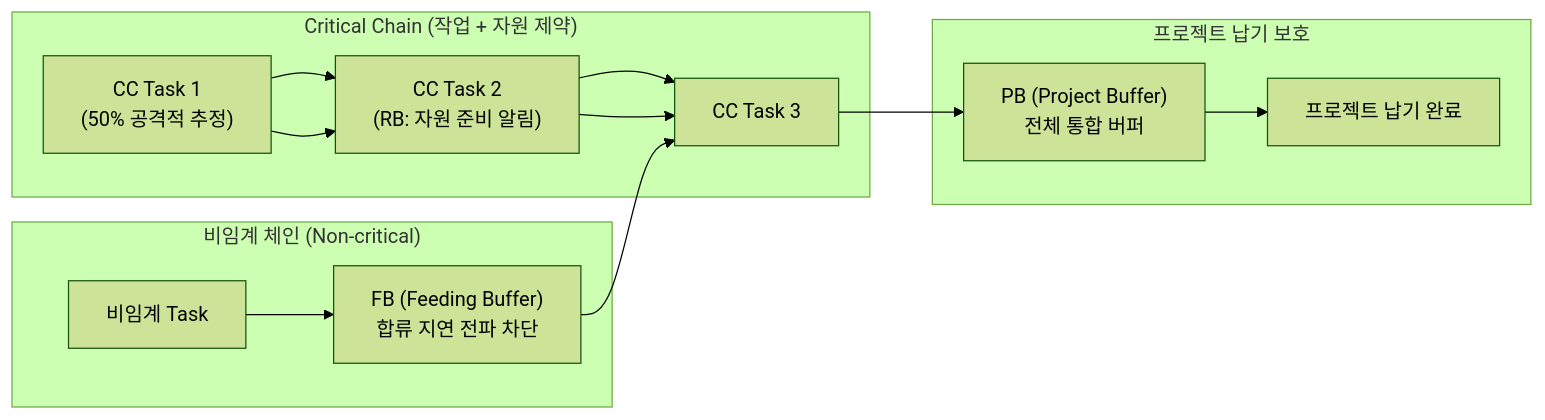
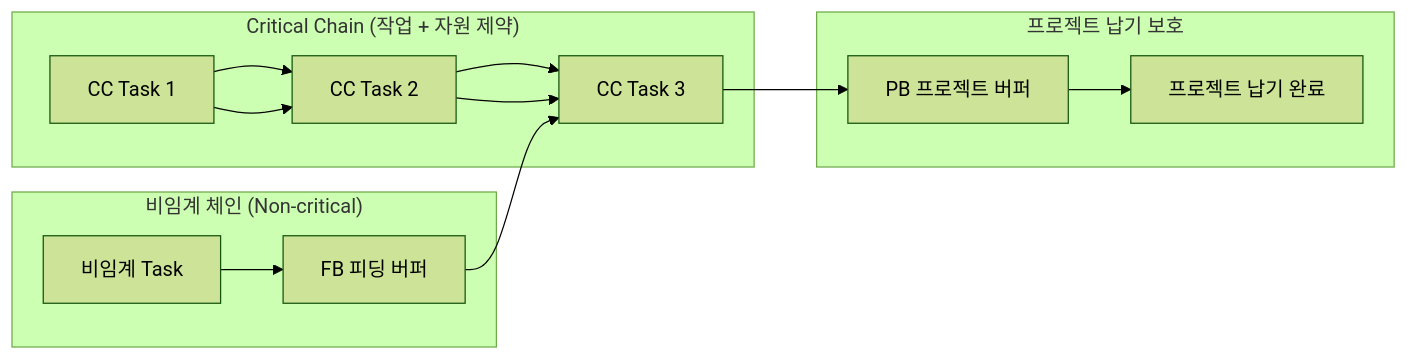
One commit to agnusdei1207/study changed the first of 3 diagrams in src/content/docs/notes/itpe/01-it-strategy/112_critical_chain_toc.md. Above: the diagram before and after it, drawn with Mermaid (forest theme). The commit also changed other lines of this file and 18 other files, not shown here.

````diff
--- a/src/content/docs/notes/itpe/01-it-strategy/112_critical_chain_toc.md
+++ b/src/content/docs/notes/itpe/01-it-strategy/112_critical_chain_toc.md
@@ -57,16 +56,16 @@
 ```mermaid
 flowchart LR
     subgraph FEEDING["비임계 체인 (Non-critical)"]
-        T_FEED["비임계 Task"] --> FB["FB (Feeding Buffer)<br/>합류 지연 전파 차단"]
+        T_FEED["비임계 Task"] --> FB["FB 피딩 버퍼"]
     end
     subgraph CRITICAL["Critical Chain (작업 + 자원 제약)"]
-        T1["CC Task 1<br/>(50% 공격적 추정)"] --> T2["CC Task 2<br/>(RB: 자원 준비 알림)"]
+        T1["CC Task 1"] --> T2["CC Task 2"]
         T2 --> T3["CC Task 3"]
     end
     subgraph DELIVERY["프로젝트 납기 보호"]
-        PB["PB (Project Buffer)<br/>전체 통합 버퍼"] --> END["프로젝트 납기 완료"]
+        PB["PB 프로젝트 버퍼"] --> END["프로젝트 납기 완료"]
     end
 
     FB --> T3
     T1 --> T2 --> T3 --> PB
 ```
````
